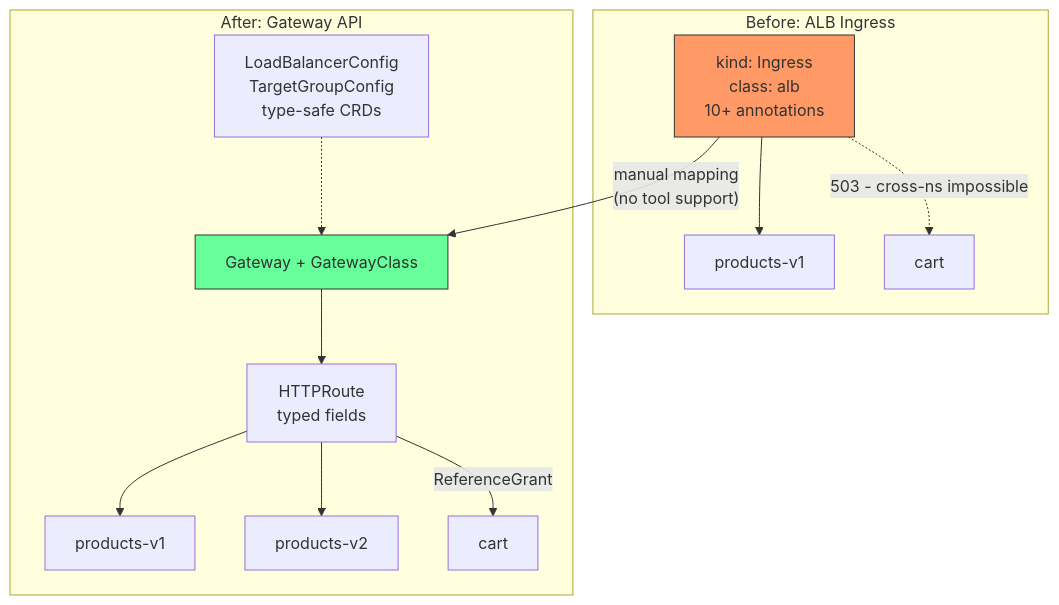
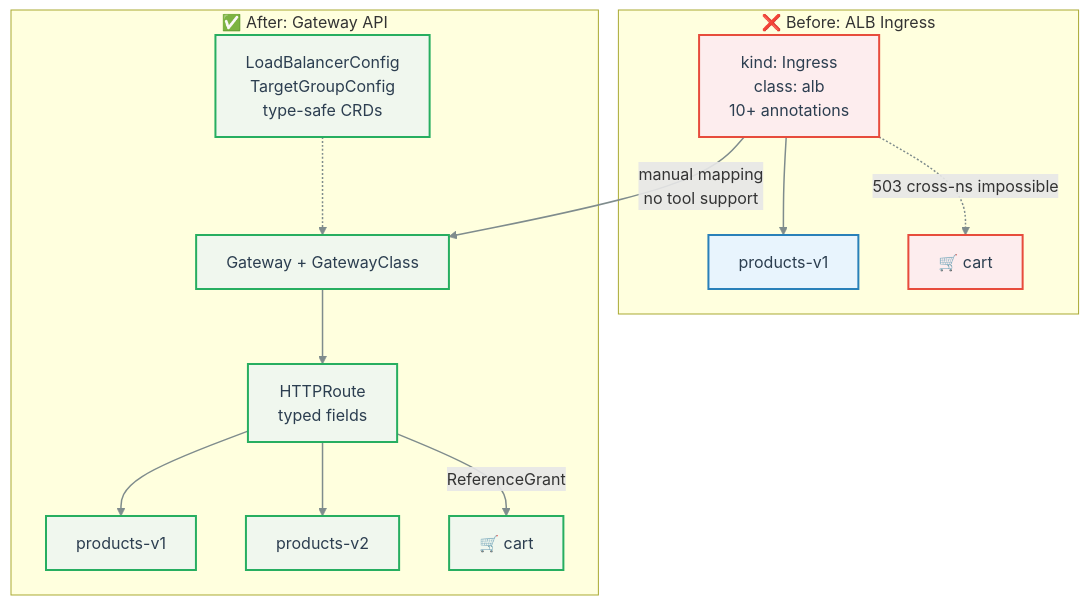
The first of 2 diagrams in docs/labs/lab-02-alb-migration.md (DKT-AI/gateway-api-migration-demo), drawn with Mermaid before and after one commit. The commit also changed other lines of this file and 4 other files, not shown here.

First line of the commit message:
Style all mermaid diagrams with ocean palette for GitHub

````diff
--- a/docs/labs/lab-02-alb-migration.md
+++ b/docs/labs/lab-02-alb-migration.md
@@ -11,24 +11,32 @@
 ```mermaid
-graph TB
-    subgraph "Before: ALB Ingress"
+flowchart TB
+    subgraph Before["❌ Before: ALB Ingress"]
         I["kind: Ingress<br/>class: alb<br/>10+ annotations"]
         I --> SVC1["products-v1"]
-        I -.->|"503 - cross-ns impossible"| SVC2["cart"]
+        I -.->|"503 cross-ns impossible"| SVC2["🛒 cart"]
     end
 
-    subgraph "After: Gateway API"
+    subgraph After["✅ After: Gateway API"]
         GW["Gateway + GatewayClass"]
         HR["HTTPRoute<br/>typed fields"]
         CRD["LoadBalancerConfig<br/>TargetGroupConfig<br/>type-safe CRDs"]
         GW --> HR
         CRD -.-> GW
         HR --> V1["products-v1"]
         HR --> V2["products-v2"]
-        HR -->|"ReferenceGrant"| CART["cart"]
+        HR -->|"ReferenceGrant"| CART["🛒 cart"]
     end
 
-    I -->|"manual mapping<br/>(no tool support)"| GW
+    I -->|"manual mapping<br/>no tool support"| GW
 
-    style I fill:#f96,stroke:#333
-    style GW fill:#6f9,stroke:#333
+    classDef primary fill:#E8F4FD,stroke:#2980B9,stroke-width:2px,color:#2C3E50
+    classDef secondary fill:#F0F7EE,stroke:#27AE60,stroke-width:2px,color:#2C3E50
+    classDef accent fill:#FFF3E0,stroke:#E67E22,stroke-width:2px,color:#2C3E50
+    classDef error fill:#FDEDEE,stroke:#E74C3C,stroke-width:2px,color:#2C3E50
+    linkStyle default stroke:#7F8C8D,stroke-width:1.5px
+
+    class I,SVC2 error
+    class SVC1 primary
+    class GW,HR,CRD secondary
+    class V1,V2,CART secondary
 ```
````
